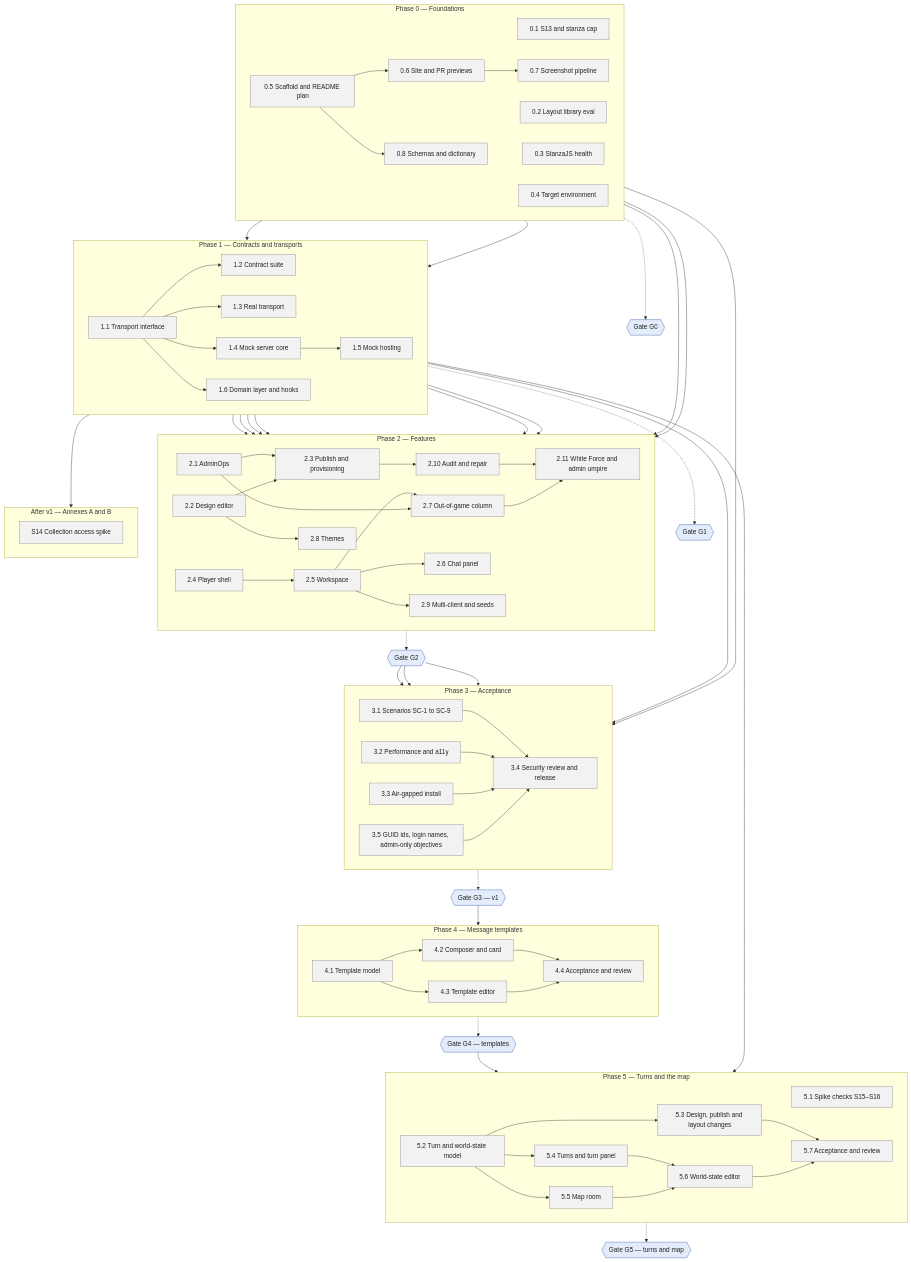
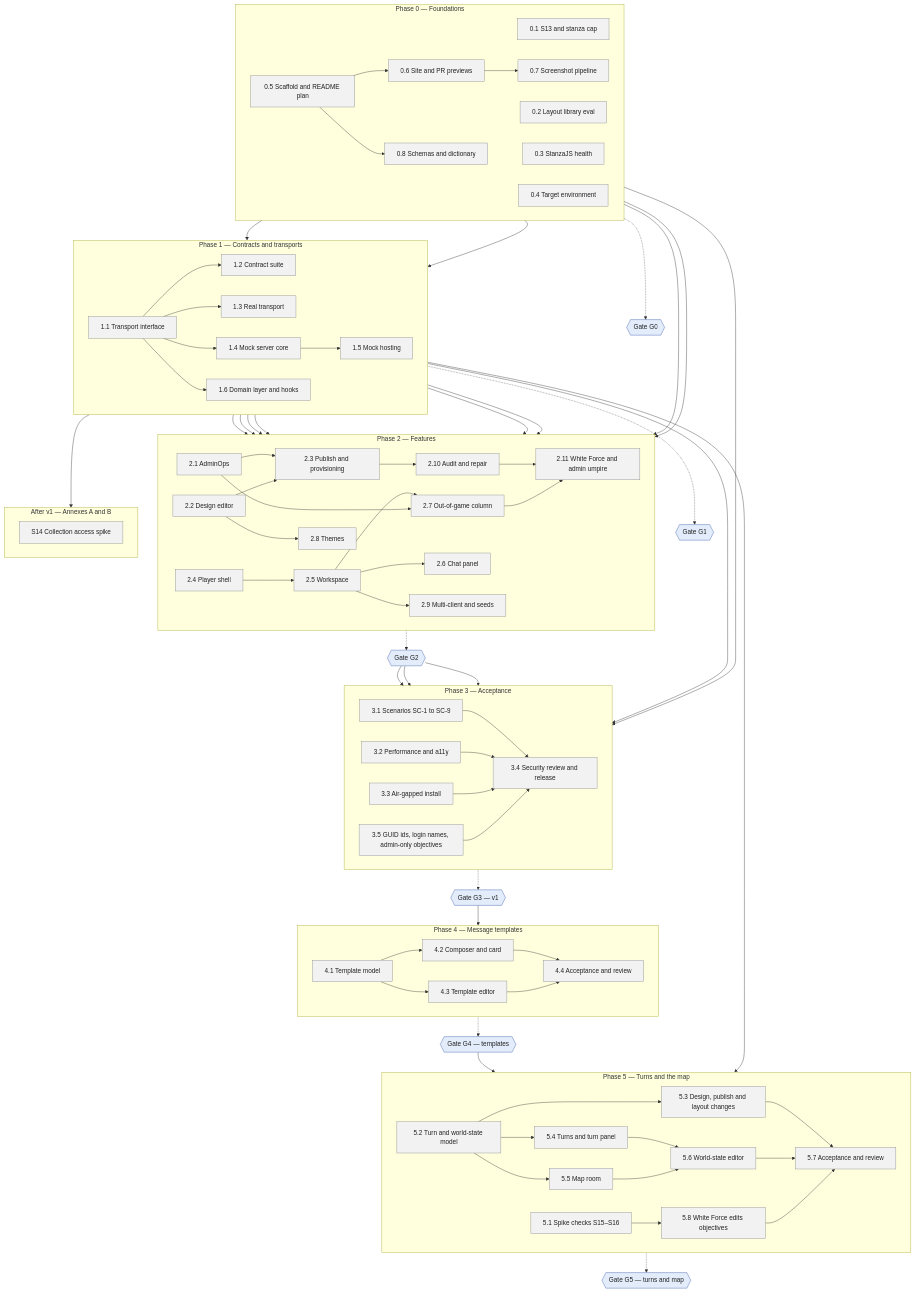
The diagram in WRX1-Dev-Plan.md (serge-web/war-rooms-x2), drawn with Mermaid before and after one commit. The commit also changed other lines of this file and 2 other files, not shown here.

First line of the commit message:
SRD and plan: White Force non-observers edit objectives again (owner, Nov 3); WP 5.8

````diff
--- a/WRX1-Dev-Plan.md
+++ b/WRX1-Dev-Plan.md
@@ -169,6 +170,7 @@
         wp54["5.4 Turns and turn panel"]
         wp55["5.5 Map room"]
         wp56["5.6 World-state editor"]
+        wp58["5.8 White Force edits objectives"]
         wp57["5.7 Acceptance and review"]
     end
     subgraph PX["After v1 — Annexes A and B"]
@@ -213,13 +215,14 @@
     wp12 --> wp51
     wp52 --> wp53 & wp54 & wp55
     wp54 & wp55 --> wp56
-    wp53 & wp56 --> wp57
+    wp51 --> wp58
+    wp53 & wp56 & wp58 --> wp57
     P5 -.-> G5
 
     classDef todo fill:#f2f2f2,stroke:#888,color:#222
     classDef active fill:#fff1c2,stroke:#c9a000,color:#222,stroke-width:2px
     classDef done fill:#d6f0dc,stroke:#2e7d32,color:#222
     classDef gate fill:#e3ecfa,stroke:#3b5bab,color:#222
-    class wp01,wp02,wp03,wp04,wp05,wp06,wp07,wp08,wp11,wp12,wp13,wp14,wp15,wp16,wp21,wp22,wp23,wp210,wp211,wp24,wp25,wp26,wp27,wp28,wp29,wp31,wp32,wp33,wp34,wp35,wps14,wp41,wp42,wp43,wp44,wp51,wp52,wp53,wp54,wp55,wp56,wp57 todo
+    class wp01,wp02,wp03,wp04,wp05,wp06,wp07,wp08,wp11,wp12,wp13,wp14,wp15,wp16,wp21,wp22,wp23,wp210,wp211,wp24,wp25,wp26,wp27,wp28,wp29,wp31,wp32,wp33,wp34,wp35,wps14,wp41,wp42,wp43,wp44,wp51,wp52,wp53,wp54,wp55,wp56,wp57,wp58 todo
     class G0,G1,G2,G3,G4,G5 gate
 ```
````
